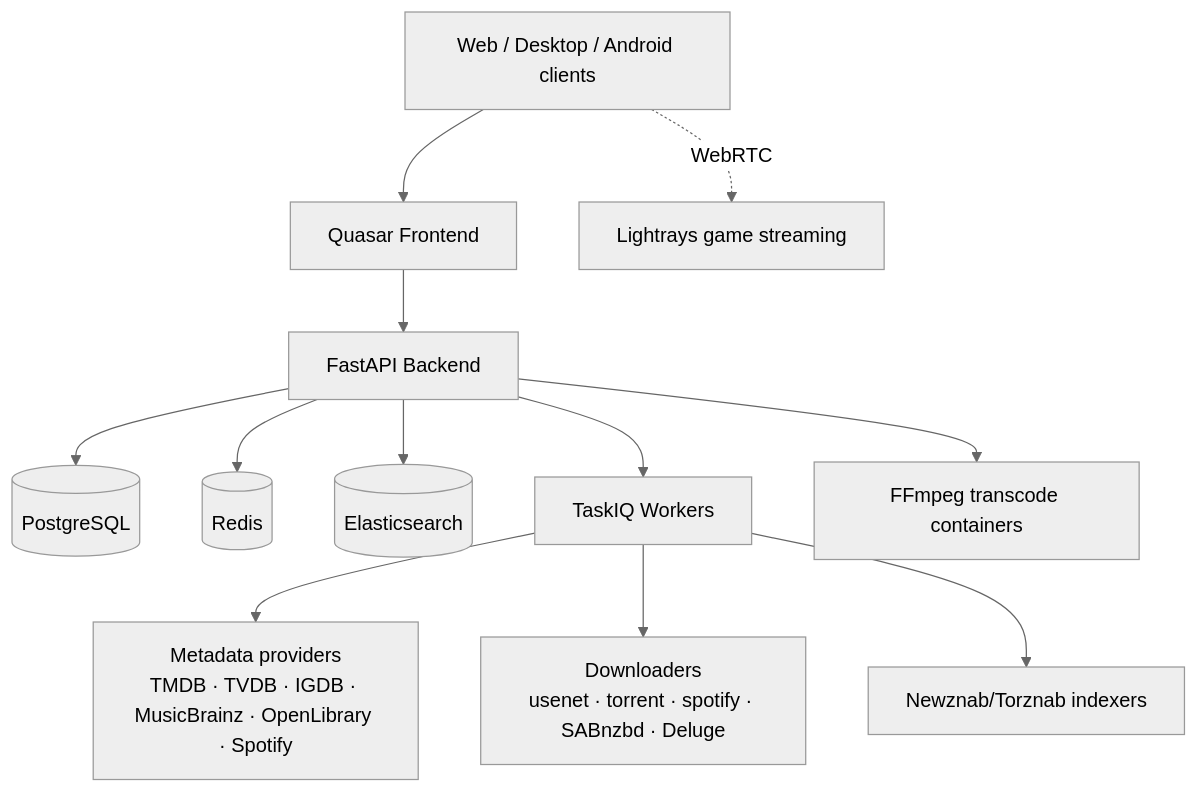
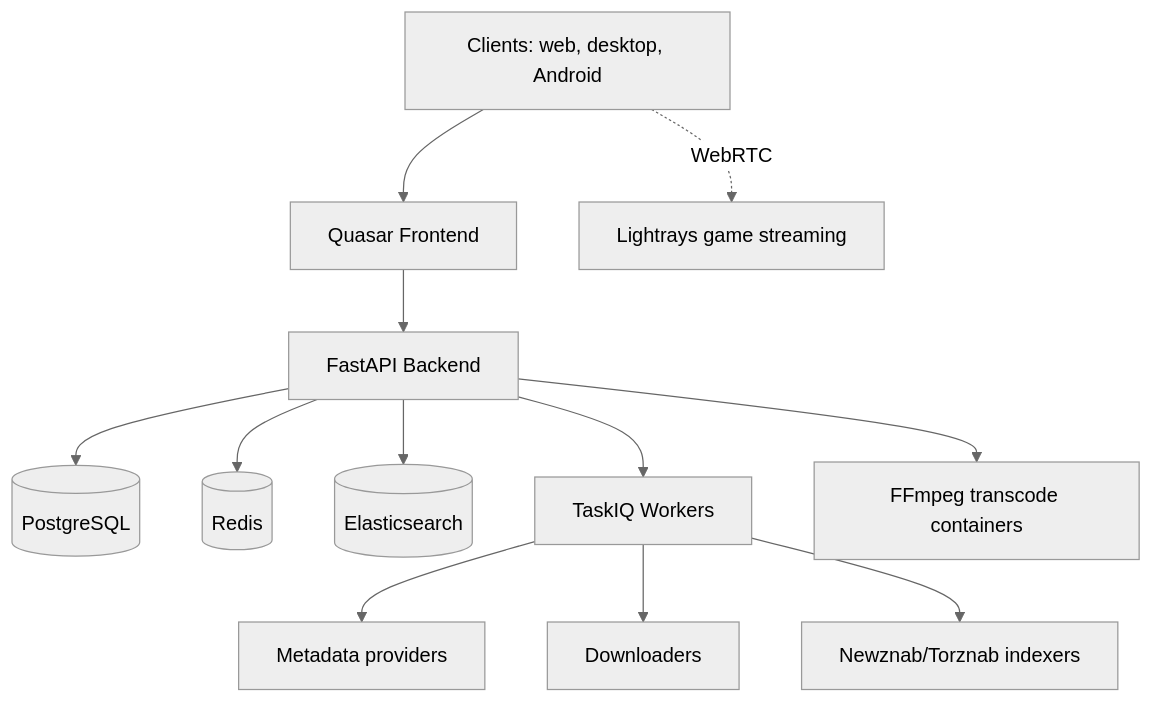
Before and after one commit to luebke-dev/streamarr: the diagram in README.md, drawn with Mermaid (neutral theme). The commit also changed other lines of this file and 2 other files, not shown here.

First line of the commit message:
fix(lightrays): keep the WebSocket URL relative so any host can stream

````diff
--- a/README.md
+++ b/README.md
@@ -76,14 +35,14 @@
 ```mermaid
 graph TB
-    A[Web / Desktop / Android clients] --> B[Quasar Frontend]
+    A[Clients: web, desktop, Android] --> B[Quasar Frontend]
     B --> C[FastAPI Backend]
     C --> D[(PostgreSQL)]
     C --> E[(Redis)]
     C --> G[(Elasticsearch)]
     C --> F[TaskIQ Workers]
-    F --> H[Metadata providers<br/>TMDB · TVDB · IGDB · MusicBrainz · OpenLibrary · Spotify]
-    F --> I[Downloaders<br/>usenet · torrent · spotify · SABnzbd · Deluge]
+    F --> H[Metadata providers]
+    F --> I[Downloaders]
     F --> J[Newznab/Torznab indexers]
     C --> K[FFmpeg transcode containers]
     A -.->|WebRTC| L[Lightrays game streaming]
 ```
````
